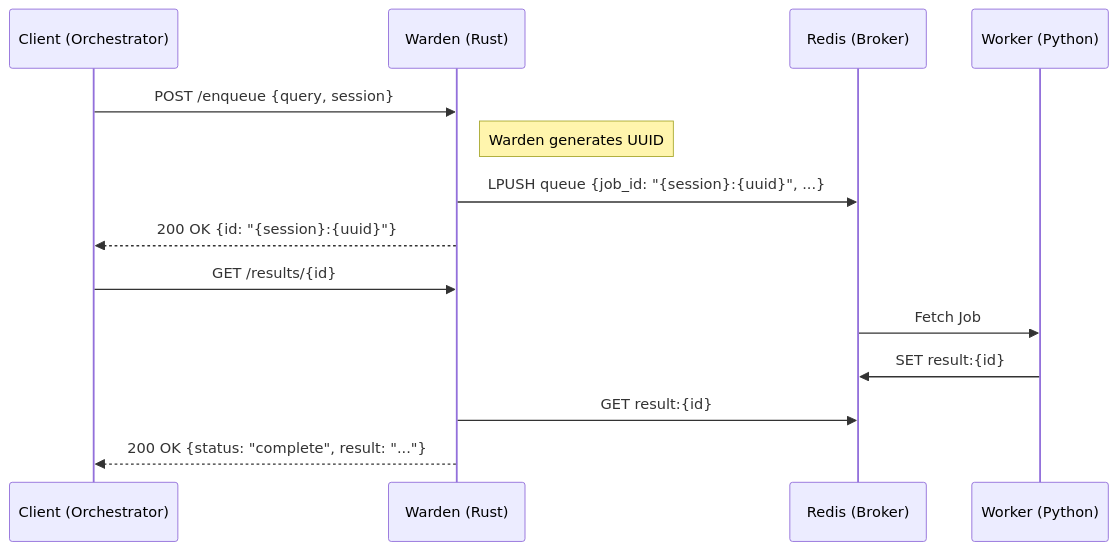
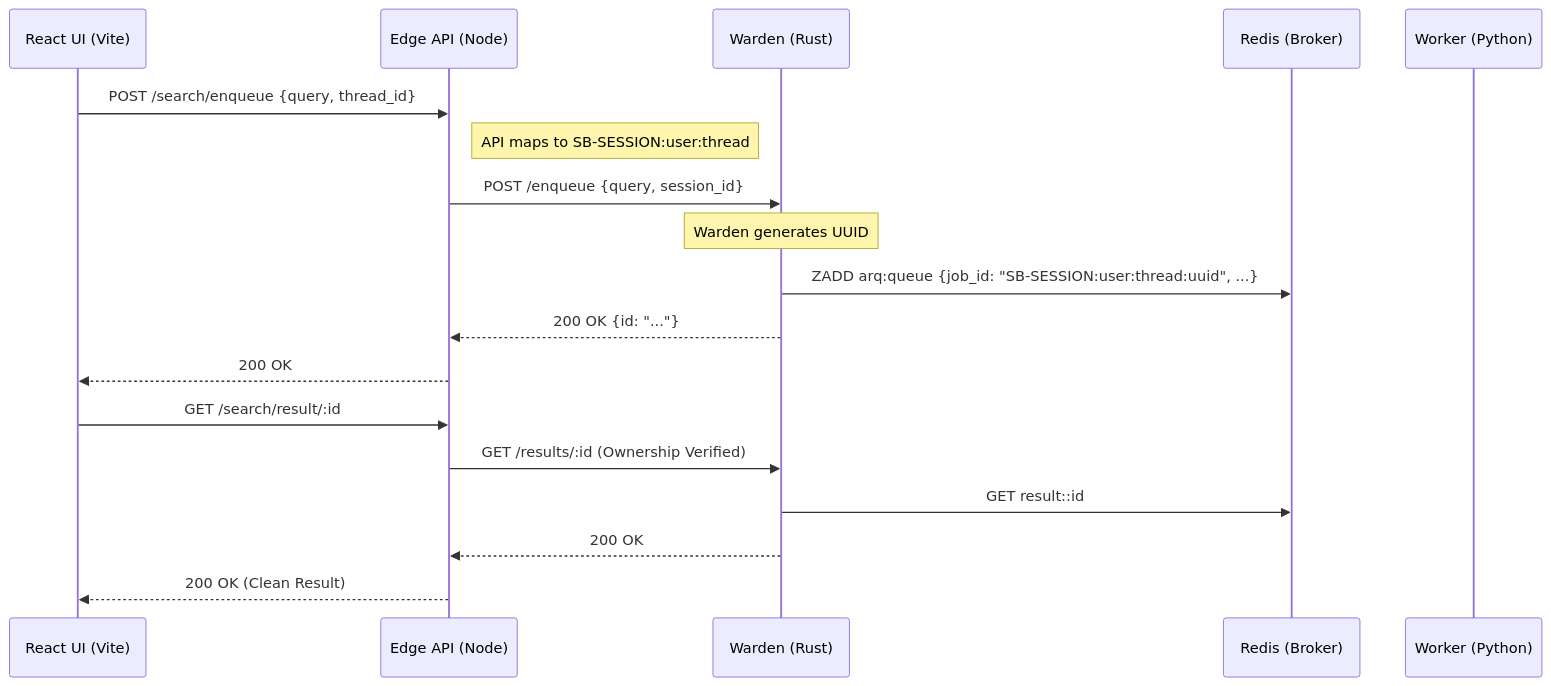
One commit to Somnerd/SearchBoost changed the diagram in notes/SystemDesign.md. Above: the diagram before and after it, drawn with Mermaid. The commit also changed other lines of this file and 14 other files, not shown here.

````diff
--- a/notes/SystemDesign.md
+++ b/notes/SystemDesign.md
@@ -37,18 +42,22 @@
 ```mermaid
 sequenceDiagram
-    participant C as Client (Orchestrator)
+    participant UI as React UI (Vite)
+    participant API as Edge API (Node)
     participant W as Warden (Rust)
     participant R as Redis (Broker)
     participant WK as Worker (Python)
 
-    C->>W: POST /enqueue {query, session}
-    Note right of W: Warden generates UUID
-    W->>R: LPUSH queue {job_id: "{session}:{uuid}", ...}
-    W-->>C: 200 OK {id: "{session}:{uuid}"}
-    
-    C->>W: GET /results/{id}
-    R->>WK: Fetch Job
-    WK->>R: SET result:{id}
-    W->>R: GET result:{id}
-    W-->>C: 200 OK {status: "complete", result: "..."}
+    UI->>API: POST /search/enqueue {query, thread_id}
+    Note right of API: API maps to SB-SESSION:user:thread
+    API->>W: POST /enqueue {query, session_id}
+    Note over W: Warden generates UUID
+    W->>R: ZADD arq:queue {job_id: "SB-SESSION:user:thread:uuid", ...}
+    W-->>API: 200 OK {id: "..."}
+    API-->>UI: 200 OK
+
+    UI->>API: GET /search/result/:id
+    API->>W: GET /results/:id (Ownership Verified)
+    W->>R: GET result::id
+    W-->>API: 200 OK
+    API-->>UI: 200 OK (Clean Result)
 ```
````
